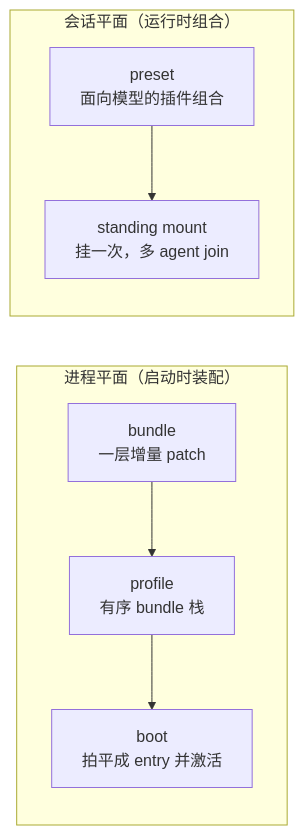
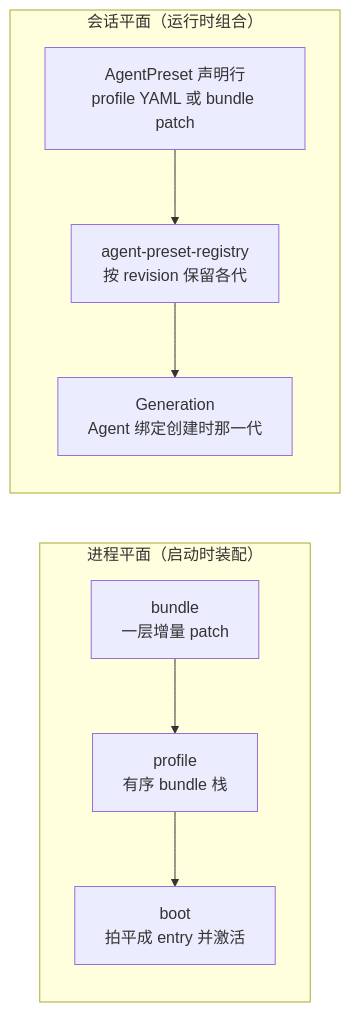
Before and after one commit to ChenYu1991ppak/deepseek-harness-anatomy: the first of 2 diagrams in ch15/ch15-preset-bundle-profile_zh.md, drawn with Mermaid. The commit also changed other lines of this file and 124 other files, not shown here.

````diff
--- a/ch15/ch15-preset-bundle-profile_zh.md
+++ b/ch15/ch15-preset-bundle-profile_zh.md
@@ -74,10 +76,11 @@
 ```mermaid
 flowchart LR
     subgraph PROC["进程平面（启动时装配）"]
         B["bundle<br/>一层增量 patch"] --> P["profile<br/>有序 bundle 栈"]
         P --> BOOT["boot<br/>拍平成 entry 并激活"]
     end
     subgraph SESS["会话平面（运行时组合）"]
-        PRE["preset<br/>面向模型的插件组合"] --> SM["standing mount<br/>挂一次，多 agent join"]
+        D["AgentPreset 声明行<br/>profile YAML 或 bundle patch"] --> R["agent-preset-registry<br/>按 revision 保留各代"]
+        R --> G["Generation<br/>Agent 绑定创建时那一代"]
     end
 ```
````
